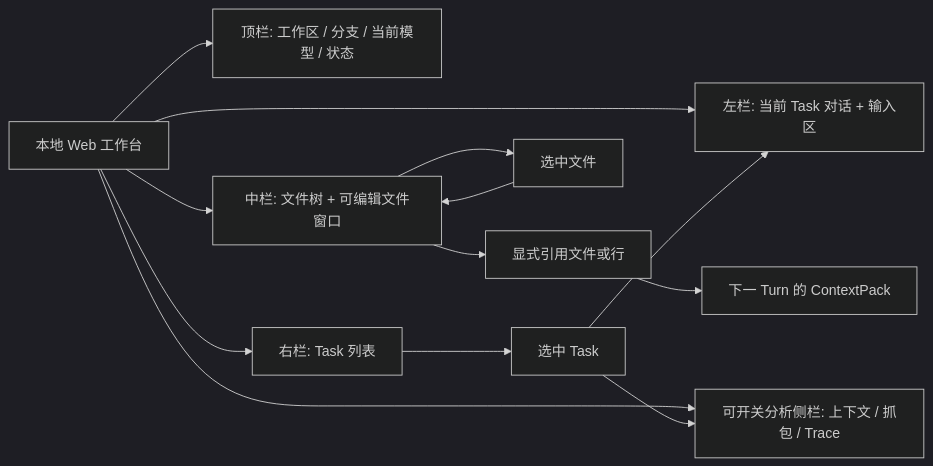
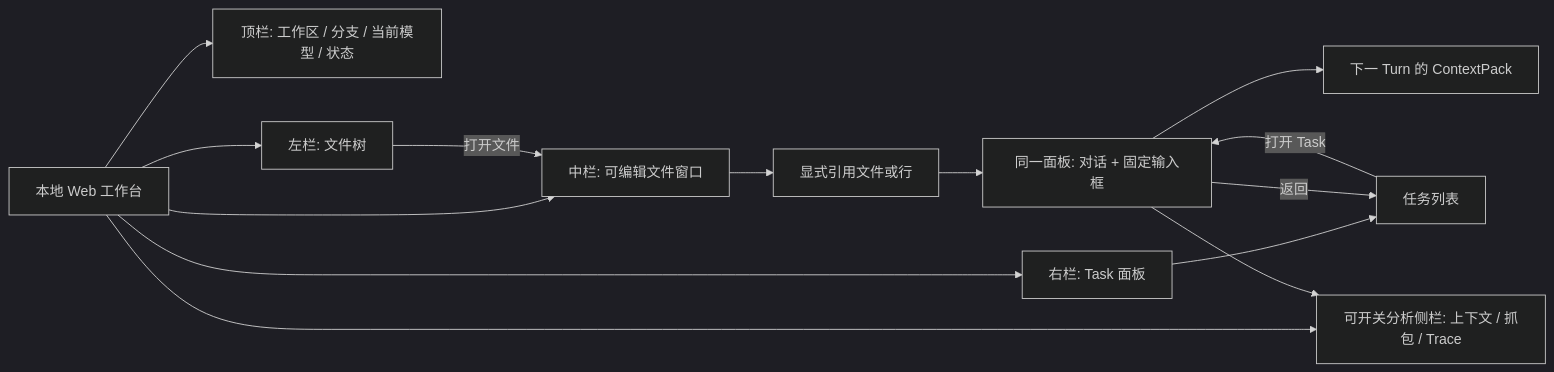
Before and after one commit to hfqf/figo-agent: the first of 2 diagrams in docs/agent/modules/ui/design.md, drawn with Mermaid (dark theme). The commit also changed other lines of this file and 82 other files, not shown here.

````diff
--- a/docs/agent/modules/ui/design.md
+++ b/docs/agent/modules/ui/design.md
@@ -35,15 +35,16 @@
 ```mermaid
 flowchart LR
   Shell[本地 Web 工作台] --> Top[顶栏: 工作区 / 分支 / 当前模型 / 状态]
-  Shell --> Left[左栏: 当前 Task 对话 + 输入区]
-  Shell --> Center[中栏: 文件树 + 可编辑文件窗口]
-  Shell --> Right[右栏: Task 列表]
+  Shell --> Left[左栏: 文件树]
+  Shell --> Center[中栏: 可编辑文件窗口]
+  Shell --> Right[右栏: Task 面板]
   Shell --> Inspect[可开关分析侧栏: 上下文 / 抓包 / Trace]
-  Right --> Task[选中 Task]
-  Center --> File[选中文件]
-  Task --> Left
-  Task --> Inspect
-  File --> Center
+  Right --> List[任务列表]
+  List -->|打开 Task| Chat[同一面板: 对话 + 固定输入框]
+  Chat -->|返回| List
+  Chat --> Inspect
+  Left -->|打开文件| Center
   Center --> Cite[显式引用文件或行]
-  Cite --> Context[下一 Turn 的 ContextPack]
+  Cite --> Chat
+  Chat --> Context[下一 Turn 的 ContextPack]
 ```
````
